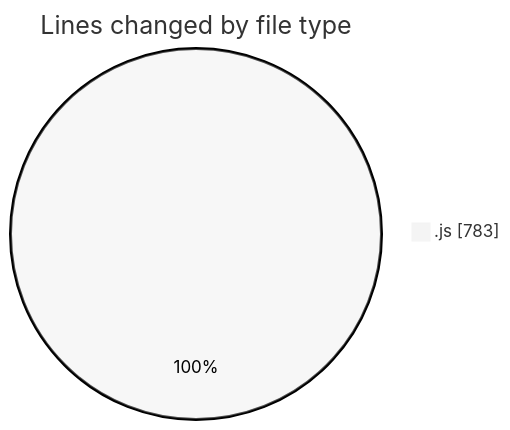
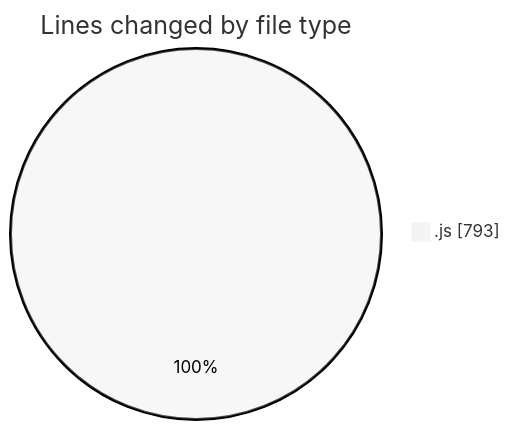
The first of 2 diagrams in 2025-07-23/nxtqube_webapp/README.md (nxtqubesakshisongat/code-tracking), drawn with Mermaid (neutral theme) before and after one commit. The commit also changed other lines of this file and 1 other file, not shown here.

````diff
--- a/2025-07-23/nxtqube_webapp/README.md
+++ b/2025-07-23/nxtqube_webapp/README.md
@@ -20,5 +20,5 @@
 ```mermaid
 pie showData
 title Lines changed by file type
-".js" : 783
+".js" : 793
 ```
````
